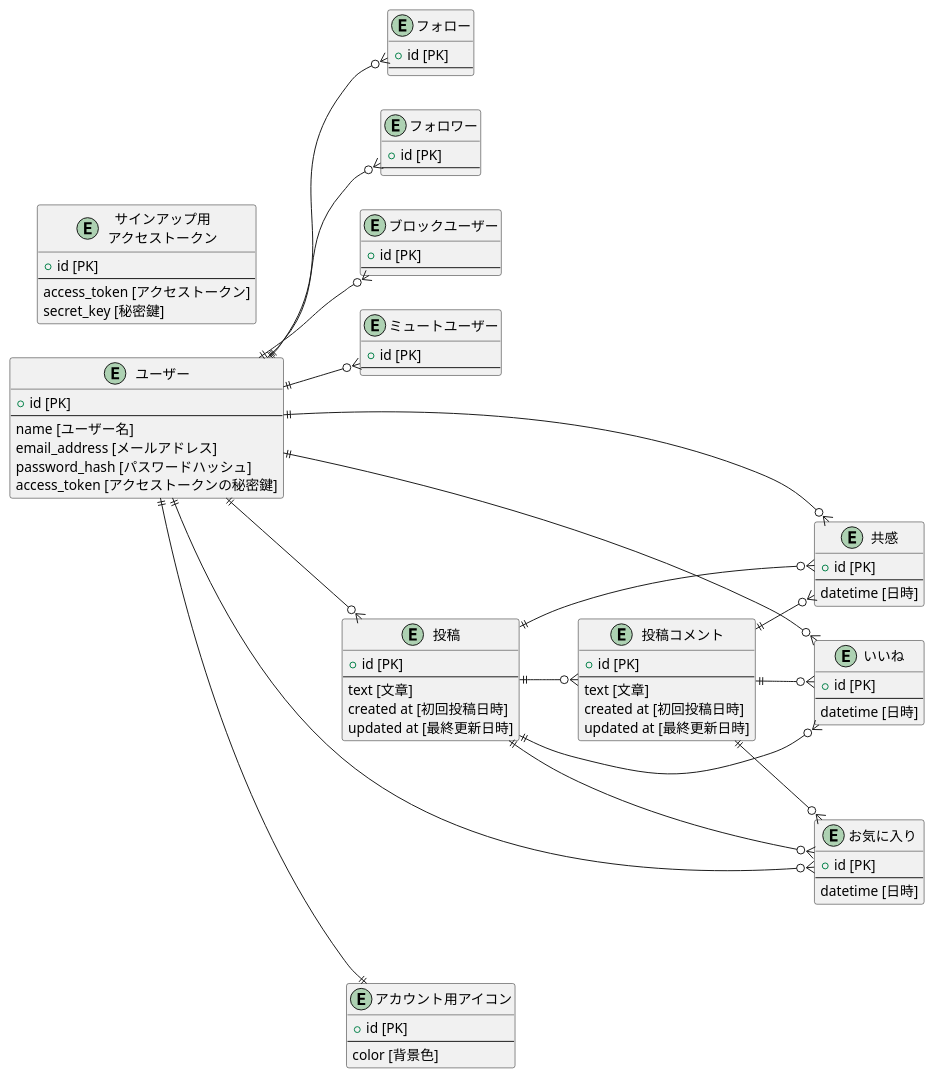
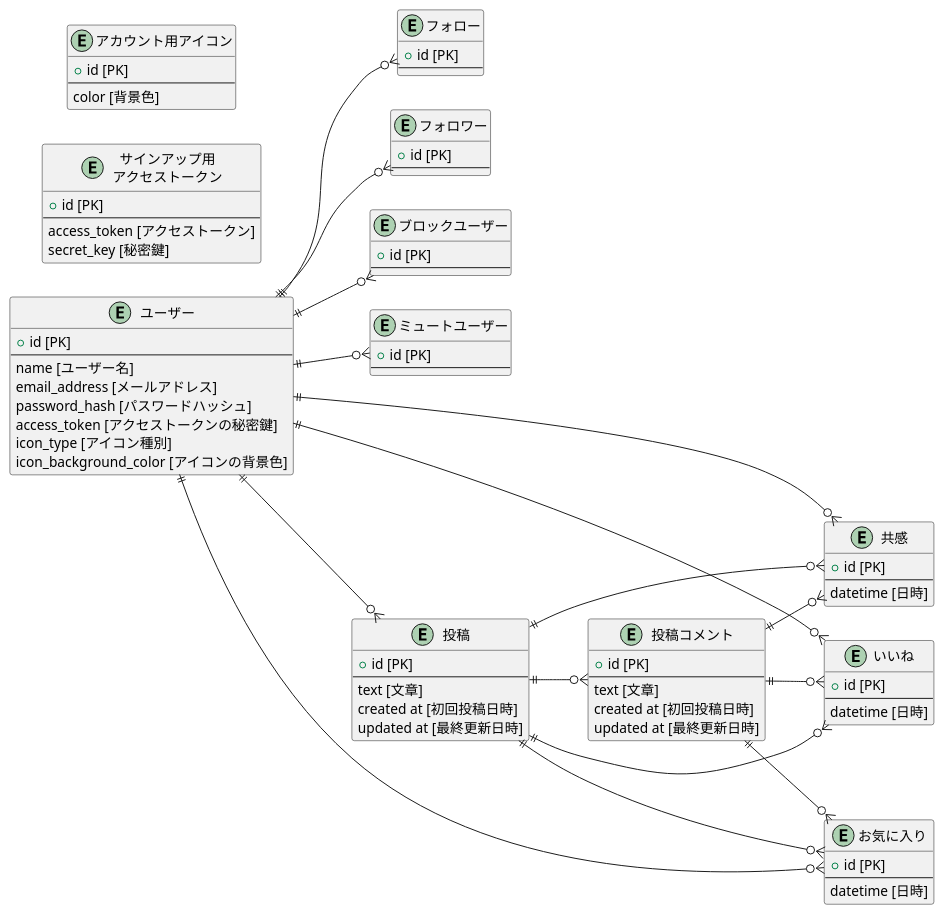
Before and after one commit to kusa-mochi/lite-sns: the diagram in doc/2-1_erd.puml, drawn with PlantUML.

Commit message:
update ER diagram.

```diff
--- a/doc/2-1_erd.puml
+++ b/doc/2-1_erd.puml
@@ -1,100 +1,101 @@
 @startuml erd
 
 left to right direction
 
 entity user as "ユーザー" {
     + id [PK]
     --
     name [ユーザー名]
     email_address [メールアドレス]
     password_hash [パスワードハッシュ]
     access_token [アクセストークンの秘密鍵]
+    icon_type [アイコン種別]
+    icon_background_color [アイコンの背景色]
 }
 
 entity follow as "フォロー" {
     + id [PK]
     --
 }
 
 entity follower as "フォロワー" {
     + id [PK]
     --
 }
 
 entity block as "ブロックユーザー" {
     + id [PK]
     --
 }
 
 entity mute as "ミュートユーザー" {
     + id [PK]
     --
 }
 
 entity signup_access_token as "サインアップ用\nアクセストークン" {
     + id [PK]
     --
     access_token [アクセストークン]
     secret_key [秘密鍵]
 }
 
 entity post as "投稿" {
     + id [PK]
     --
     text [文章]
     created at [初回投稿日時]
     updated at [最終更新日時]
 }
 
 entity comment as "投稿コメント" {
     + id [PK]
     --
     text [文章]
     created at [初回投稿日時]
     updated at [最終更新日時]
 }
 
 entity good as "いいね" {
     + id [PK]
     --
     datetime [日時]
 }
 
 entity empathy as "共感" {
     + id [PK]
     --
     datetime [日時]
 }
 
 entity collect as "お気に入り" {
     + id [PK]
     --
     datetime [日時]
 }
 
 entity icon as "アカウント用アイコン" {
     + id [PK]
     --
     color [背景色]
 }
 
 user ||--o{ post
-user ||--|| icon
 user ||--o{ follow
 user ||--o{ follower
 user ||--o{ block
 user ||--o{ mute
 user ||--o{ good
 user ||--o{ empathy
 user ||--o{ collect
 
 post ||--o{ comment
 post ||--o{ good
 post ||--o{ empathy
 post ||--o{ collect
 
 comment ||--o{ good
 comment ||--o{ empathy
 comment ||--o{ collect
 
 @enduml
```
